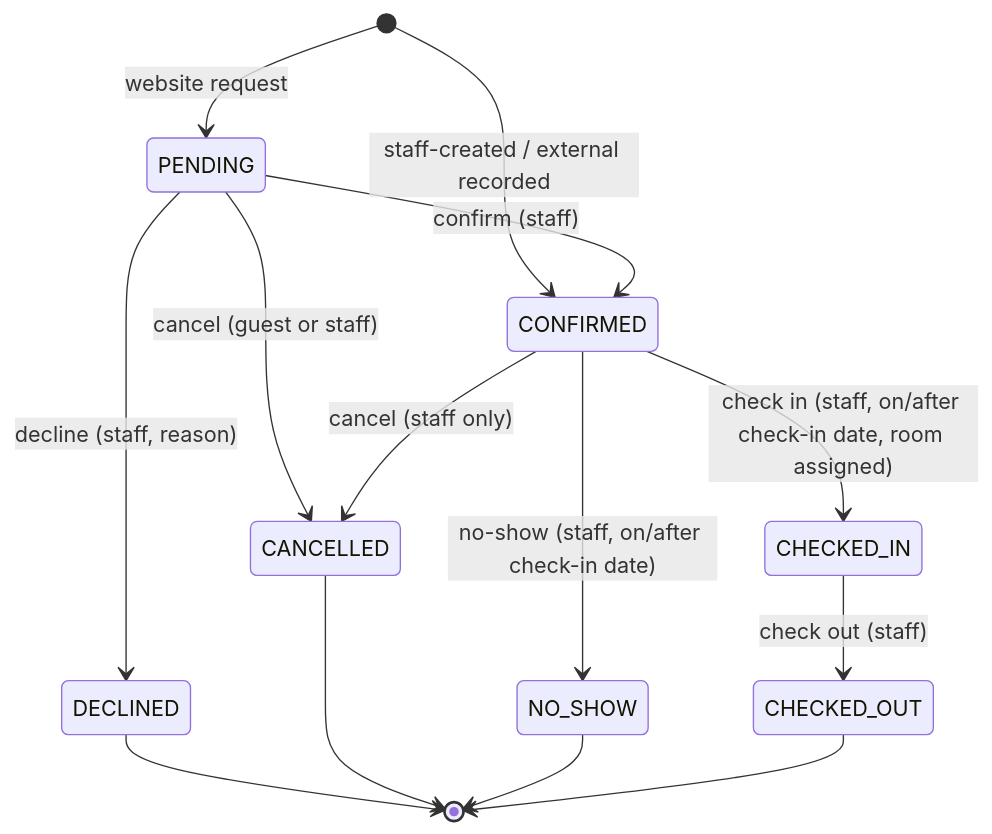
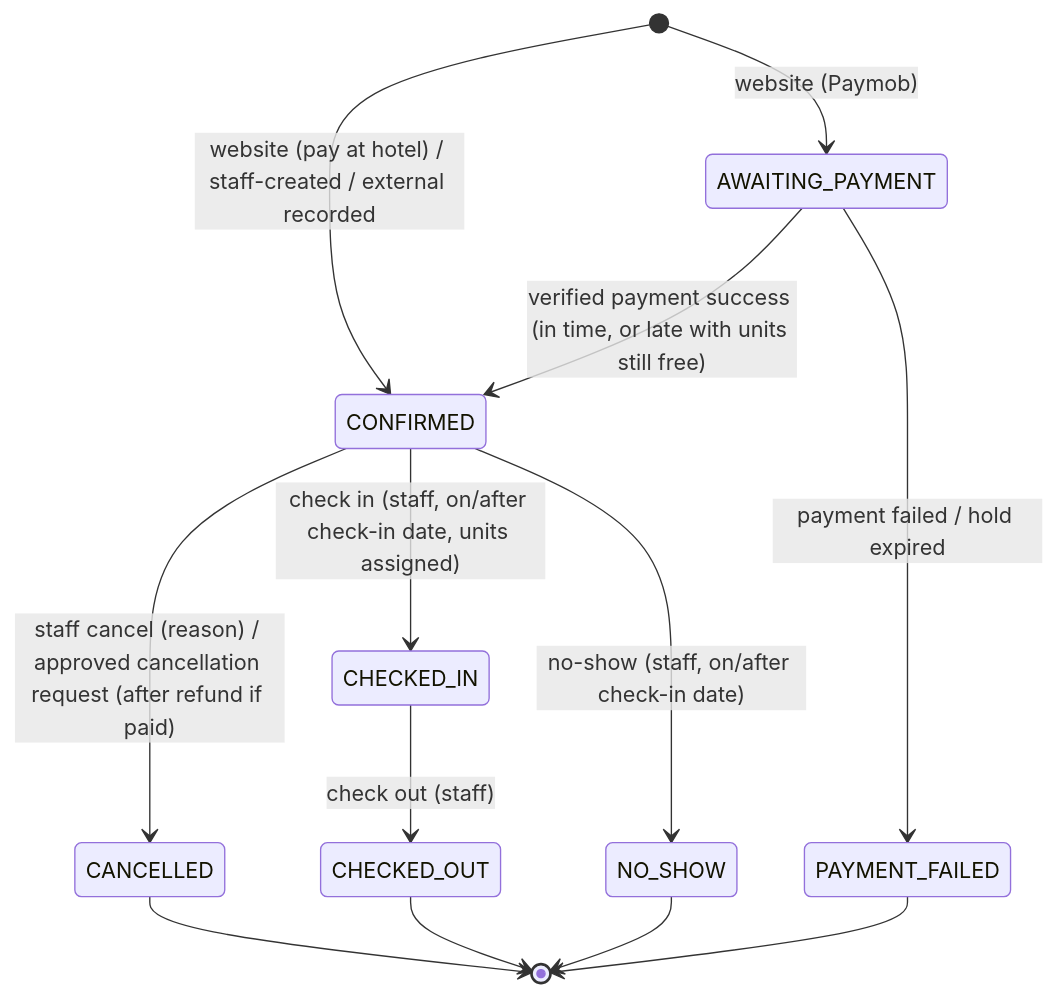
The diagram in docs/domain/reservation-lifecycle.md (mohamedmosilhy/Rivana-Residence), drawn with Mermaid before and after one commit. The commit also changed other lines of this file and 73 other files, not shown here.

````diff
--- a/docs/domain/reservation-lifecycle.md
+++ b/docs/domain/reservation-lifecycle.md
@@ -21,16 +23,15 @@
 ```mermaid
 stateDiagram-v2
-  [*] --> PENDING: website request
-  [*] --> CONFIRMED: staff-created / external recorded
-  PENDING --> CONFIRMED: confirm (staff)
-  PENDING --> DECLINED: decline (staff, reason)
-  PENDING --> CANCELLED: cancel (guest or staff)
-  CONFIRMED --> CANCELLED: cancel (staff only)
-  CONFIRMED --> CHECKED_IN: check in (staff, on/after check-in date, room assigned)
+  [*] --> CONFIRMED: website (pay at hotel) / staff-created / external recorded
+  [*] --> AWAITING_PAYMENT: website (Paymob)
+  AWAITING_PAYMENT --> CONFIRMED: verified payment success (in time, or late with units still free)
+  AWAITING_PAYMENT --> PAYMENT_FAILED: payment failed / hold expired
+  CONFIRMED --> CANCELLED: staff cancel (reason) / approved cancellation request (after refund if paid)
+  CONFIRMED --> CHECKED_IN: check in (staff, on/after check-in date, units assigned)
   CONFIRMED --> NO_SHOW: no-show (staff, on/after check-in date)
   CHECKED_IN --> CHECKED_OUT: check out (staff)
-  DECLINED --> [*]
+  PAYMENT_FAILED --> [*]
   CANCELLED --> [*]
   NO_SHOW --> [*]
   CHECKED_OUT --> [*]
 ```
````
